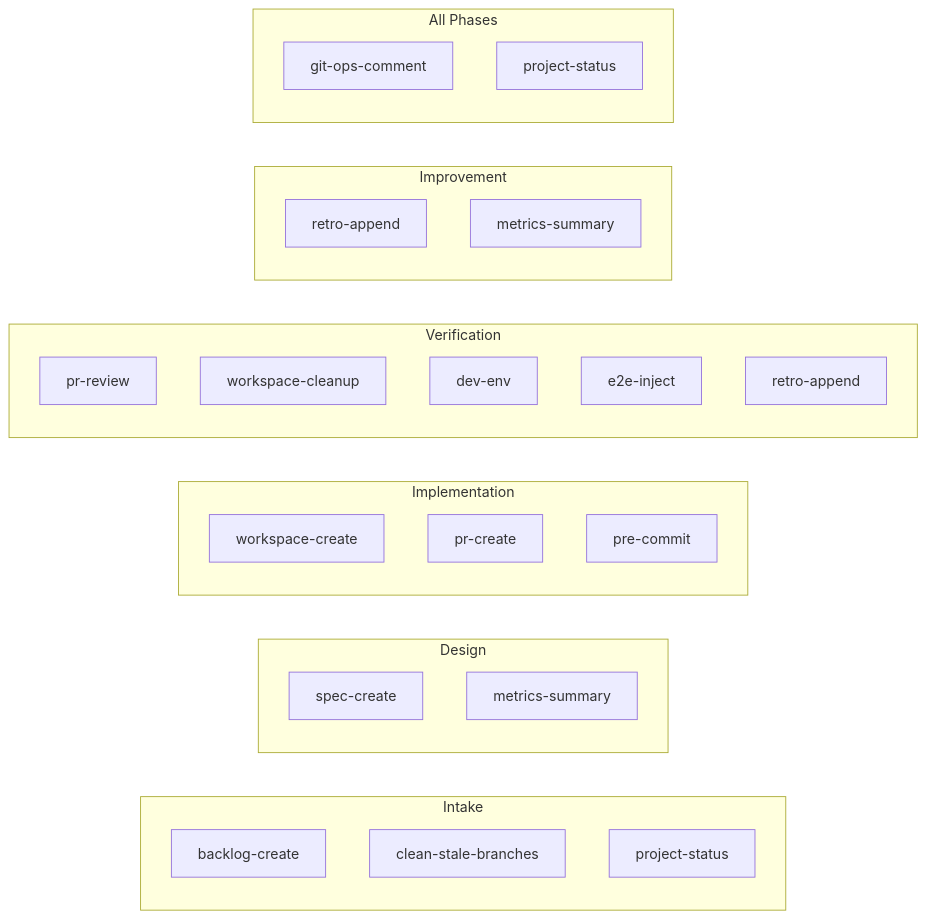
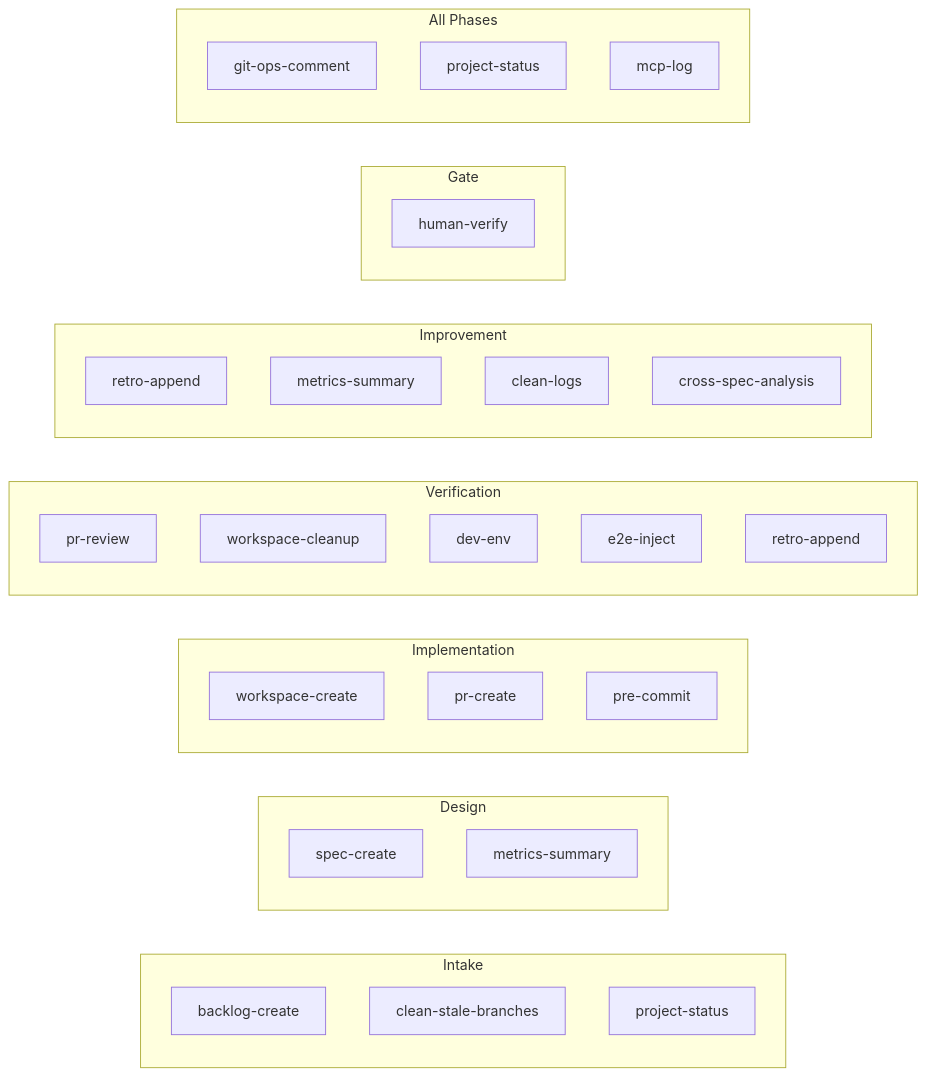
The diagram in docs/workflow/04-scripts.md (FredoAi/fredo), drawn with Mermaid before and after one commit. The commit also changed other lines of this file and 5 other files, not shown here.

Commit message:
docs: update architecture, FAQ, and workflow documentation; add new scripts and refine agent descriptions

````diff
--- a/docs/workflow/04-scripts.md
+++ b/docs/workflow/04-scripts.md
@@ -31,37 +35,44 @@
 ```mermaid
 flowchart LR
     subgraph Intake
         BC[backlog-create]
         CS[clean-stale-branches]
         PS[project-status]
     end
 
     subgraph Design
         SC[spec-create]
         MS[metrics-summary]
     end
 
     subgraph Implementation
         WCR[workspace-create]
         PCR[pr-create]
         PC[pre-commit]
     end
 
     subgraph Verification
         PRV[pr-review]
         WC[workspace-cleanup]
         DE[dev-env]
         EI[e2e-inject]
         RA[retro-append]
     end
 
     subgraph Improvement
         RA2[retro-append]
         MS2[metrics-summary]
+        CL[clean-logs]
+        CSA[cross-spec-analysis]
+    end
+
+    subgraph Gate
+        HV[human-verify]
     end
 
     subgraph "All Phases"
         GOC[git-ops-comment]
         PS2[project-status]
+        ML[mcp-log]
     end
 ```
````
